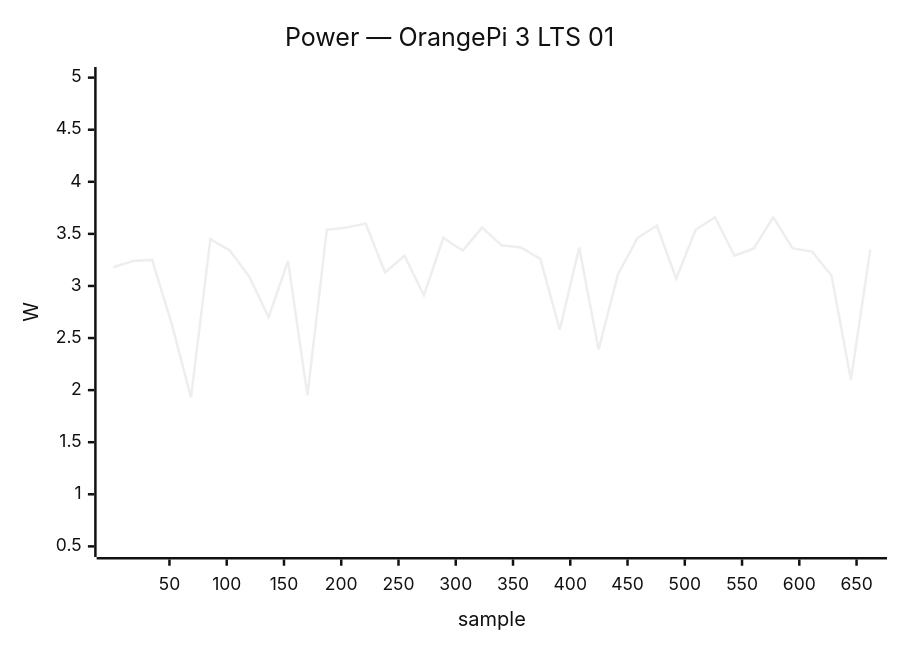
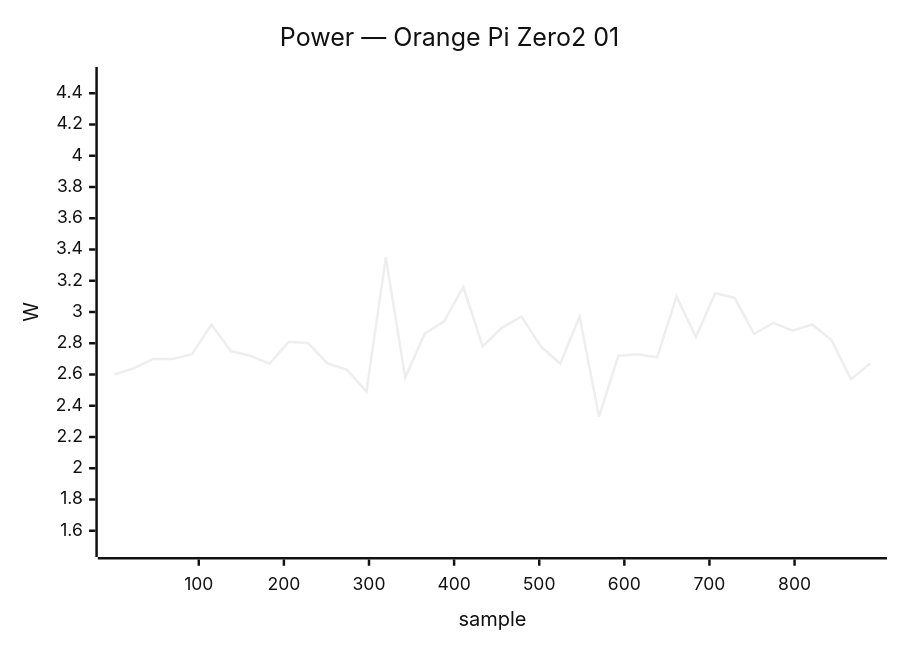
Diagram 28 of 38 in docs/status/board-tests.md (armbian/documentation), drawn with Mermaid (neutral theme) before and after one commit. The commit also changed other lines of this file, not shown here.

````diff
--- a/docs/status/board-tests.md
+++ b/docs/status/board-tests.md
@@ -1423,7 +1403,7 @@
 ```mermaid
 xychart-beta
-    title "Power — OrangePi 3 LTS 01"
-    x-axis "sample" 1 --> 662
-    y-axis "W" 0.5 --> 5.0
-    line [3.18, 3.24, 3.25, 2.64, 1.93, 3.45, 3.34, 3.09, 2.70, 3.24, 1.95, 3.54, 3.56, 3.60, 3.13, 3.29, 2.91, 3.46, 3.34, 3.56, 3.39, 3.37, 3.26, 2.58, 3.37, 2.39, 3.11, 3.46, 3.58, 3.07, 3.54, 3.66, 3.29, 3.36, 3.66, 3.36, 3.33, 3.10, 2.10, 3.35]
+    title "Power — Orange Pi Zero2 01"
+    x-axis "sample" 1 --> 889
+    y-axis "W" 1.5 --> 4.5
+    line [2.60, 2.64, 2.70, 2.70, 2.73, 2.92, 2.75, 2.72, 2.67, 2.81, 2.80, 2.67, 2.63, 2.49, 3.35, 2.58, 2.86, 2.94, 3.16, 2.78, 2.90, 2.97, 2.78, 2.67, 2.97, 2.33, 2.72, 2.73, 2.71, 3.10, 2.84, 3.12, 3.09, 2.86, 2.93, 2.88, 2.92, 2.82, 2.57, 2.67]
 ```
````
